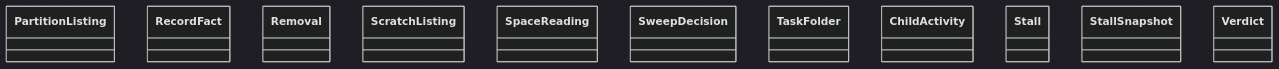
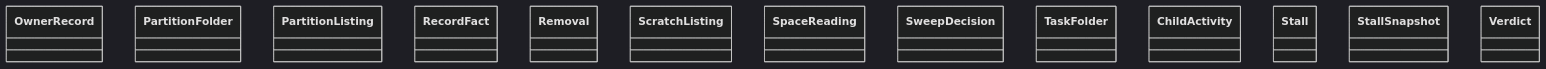
The diagram in docs/architecture/generated/classes-process-domain-machine-2.md (GonzaloZevallos/agentic-system), drawn with Mermaid (dark theme) before and after one commit. The commit also changed 11 other files, not shown here.

````diff
--- a/docs/architecture/generated/classes-process-domain-machine-2.md
+++ b/docs/architecture/generated/classes-process-domain-machine-2.md
@@ -21,14 +21,16 @@
 ```mermaid
 classDiagram
+    class scratch__OwnerRecord["OwnerRecord"]
+    class scratch__PartitionFolder["PartitionFolder"]
     class scratch__PartitionListing["PartitionListing"]
     class scratch__RecordFact["RecordFact"]
     class scratch__Removal["Removal"]
     class scratch__ScratchListing["ScratchListing"]
     class scratch__SpaceReading["SpaceReading"]
     class scratch__SweepDecision["SweepDecision"]
     class scratch__TaskFolder["TaskFolder"]
     class stall__ChildActivity["ChildActivity"]
     class stall__Stall["Stall"]
     class stall__StallSnapshot["StallSnapshot"]
     class stall__Verdict["Verdict"]
 ```
````
